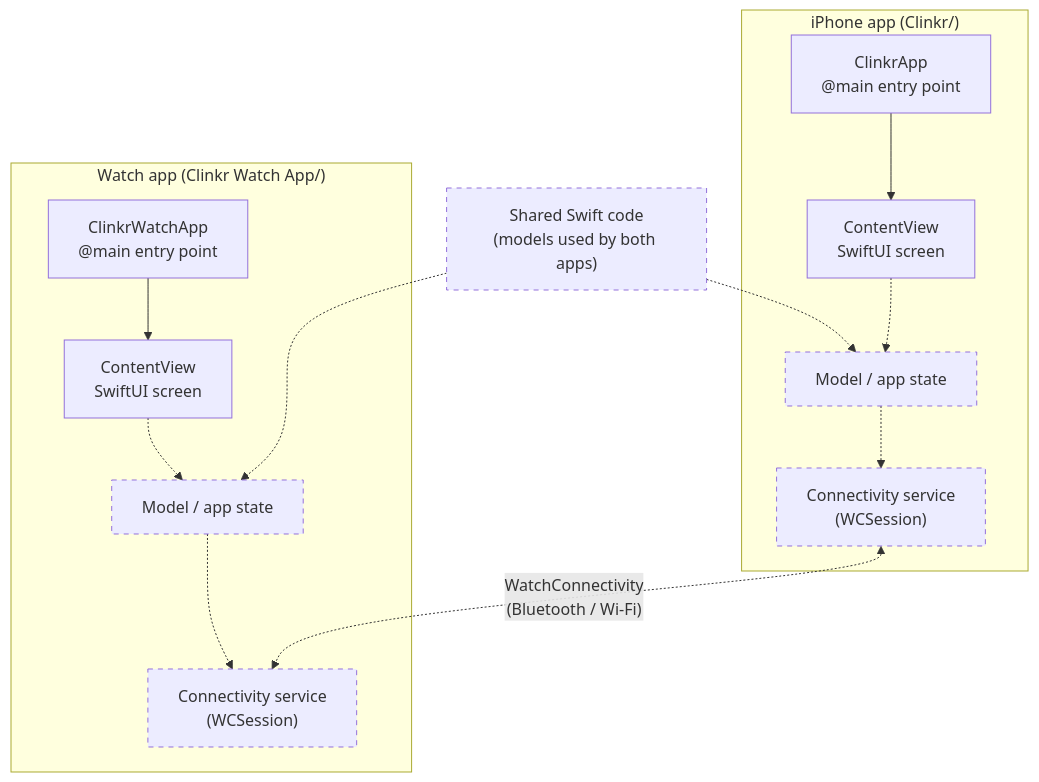
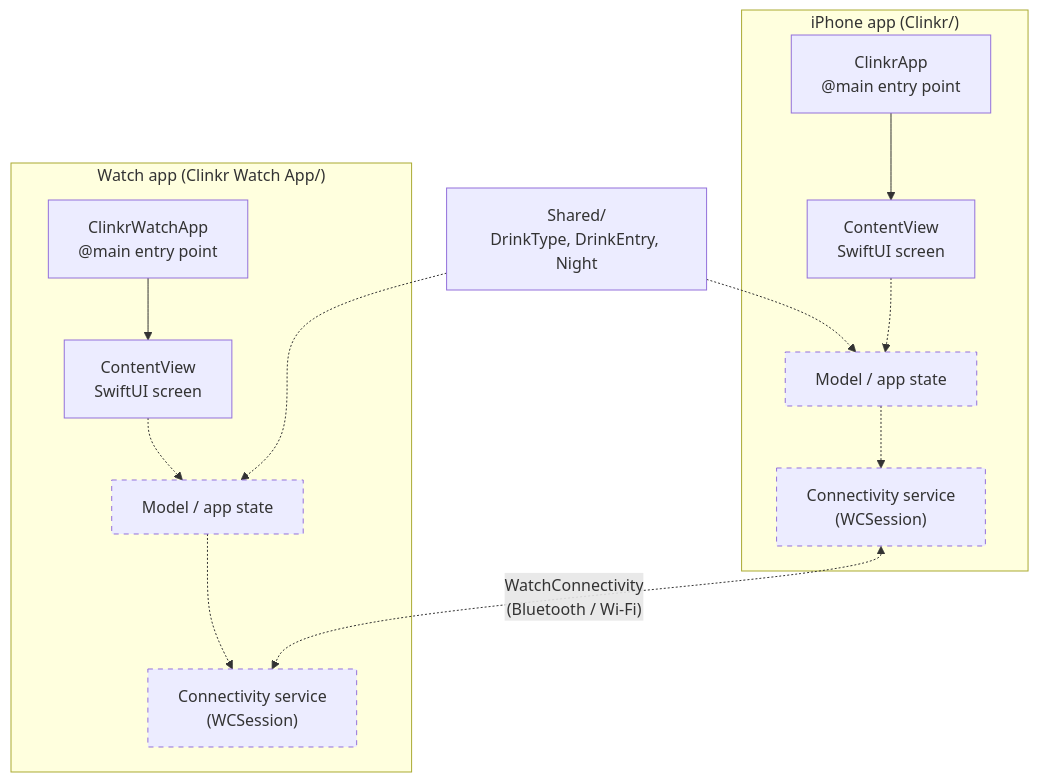
The second of 3 diagrams in docs/ARCHITECTURE.md (pablocolaiacovo/clink), drawn with Mermaid before and after one commit. The commit also changed other lines of this file and 8 other files, not shown here.

````diff
--- a/docs/ARCHITECTURE.md
+++ b/docs/ARCHITECTURE.md
@@ -34,26 +34,26 @@
 ```mermaid
 flowchart TB
     subgraph phone["iPhone app (Clinkr/)"]
         pApp["ClinkrApp<br/>@main entry point"] --> pView["ContentView<br/>SwiftUI screen"]
         pModel["Model / app state"]:::planned
         pSync["Connectivity service<br/>(WCSession)"]:::planned
         pView -.-> pModel
         pModel -.-> pSync
     end
 
     subgraph watch["Watch app (Clinkr Watch App/)"]
         wApp["ClinkrWatchApp<br/>@main entry point"] --> wView["ContentView<br/>SwiftUI screen"]
         wModel["Model / app state"]:::planned
         wSync["Connectivity service<br/>(WCSession)"]:::planned
         wView -.-> wModel
         wModel -.-> wSync
     end
 
-    shared["Shared Swift code<br/>(models used by both apps)"]:::planned
+    shared["Shared/<br/>DrinkType, DrinkEntry, Night"]
     shared -.-> pModel
     shared -.-> wModel
 
     pSync <-. "WatchConnectivity<br/>(Bluetooth / Wi-Fi)" .-> wSync
 
     classDef planned stroke-dasharray: 5 5
 ```
````
